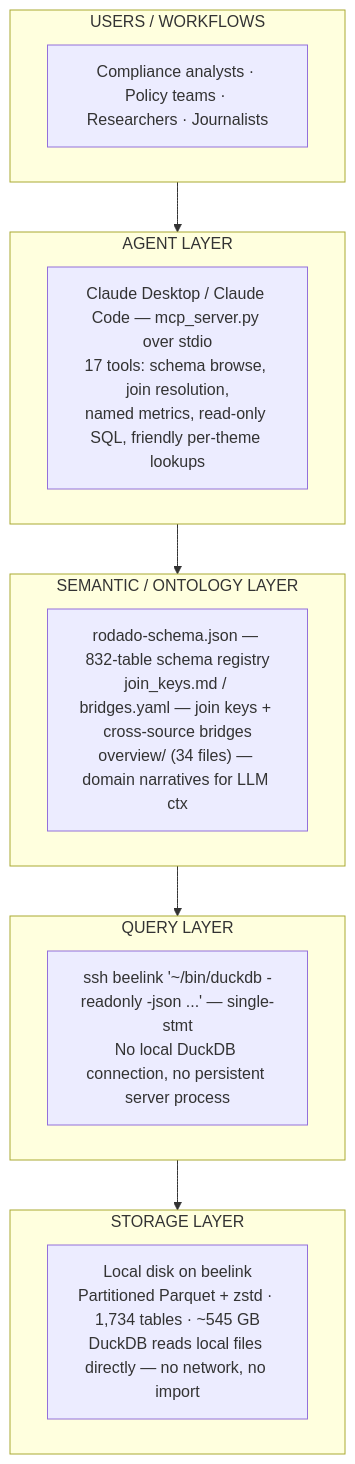
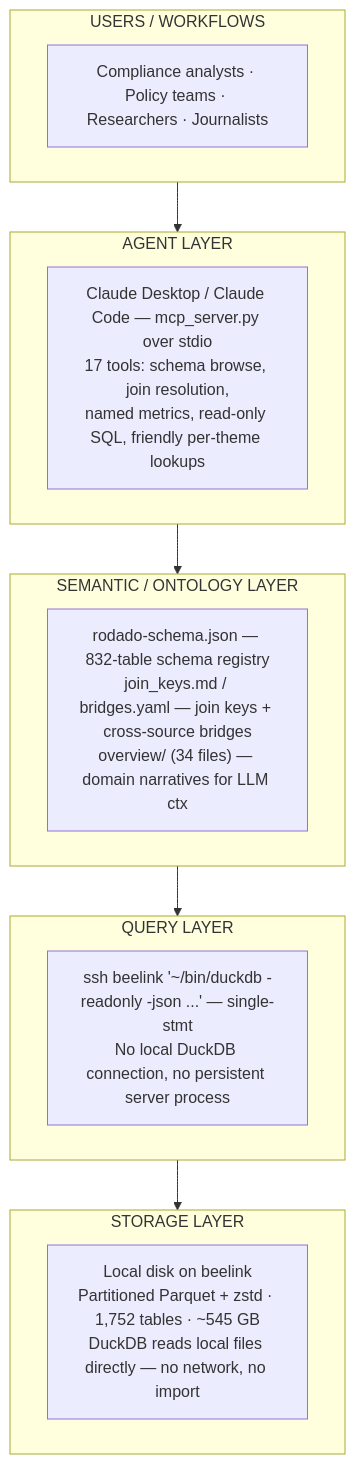
Before and after one commit to rafapolo/rodado: the second of 3 diagrams in docs/tecnico/TECHNICAL.md, drawn with Mermaid. The commit also changed other lines of this file and 172 other files, not shown here.

````diff
--- a/docs/tecnico/TECHNICAL.md
+++ b/docs/tecnico/TECHNICAL.md
@@ -178,20 +178,20 @@
 ```mermaid
 flowchart TD
     subgraph USERS["USERS / WORKFLOWS"]
         U["Compliance analysts · Policy teams · Researchers · Journalists"]
     end
     subgraph AGENT["AGENT LAYER"]
         A["Claude Desktop / Claude Code — mcp_server.py over stdio<br/>17 tools: schema browse, join resolution,<br/>named metrics, read-only SQL, friendly per-theme lookups"]
     end
     subgraph SEMANTIC["SEMANTIC / ONTOLOGY LAYER"]
         S["rodado-schema.json — 832-table schema registry<br/>join_keys.md / bridges.yaml — join keys + cross-source bridges<br/>overview/ (34 files) — domain narratives for LLM ctx"]
     end
     subgraph QUERY["QUERY LAYER"]
         Q["ssh beelink '~/bin/duckdb -readonly -json ...' — single-stmt<br/>No local DuckDB connection, no persistent server process"]
     end
     subgraph STORAGE["STORAGE LAYER"]
-        ST["Local disk on beelink<br/>Partitioned Parquet + zstd · 1,734 tables · ~545 GB<br/>DuckDB reads local files directly — no network, no import"]
+        ST["Local disk on beelink<br/>Partitioned Parquet + zstd · 1,752 tables · ~545 GB<br/>DuckDB reads local files directly — no network, no import"]
     end
 
     USERS --> AGENT --> SEMANTIC --> QUERY --> STORAGE
 ```
````
